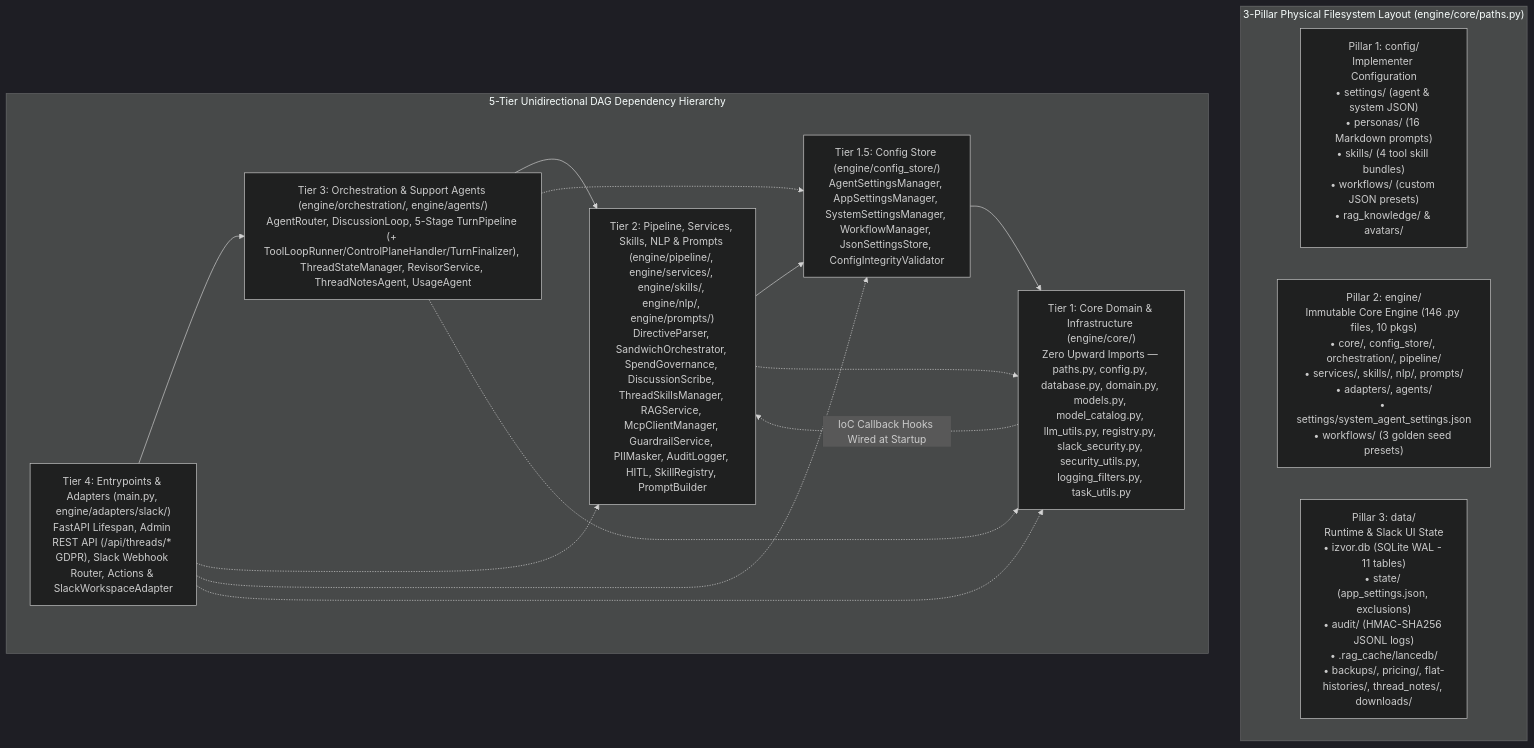
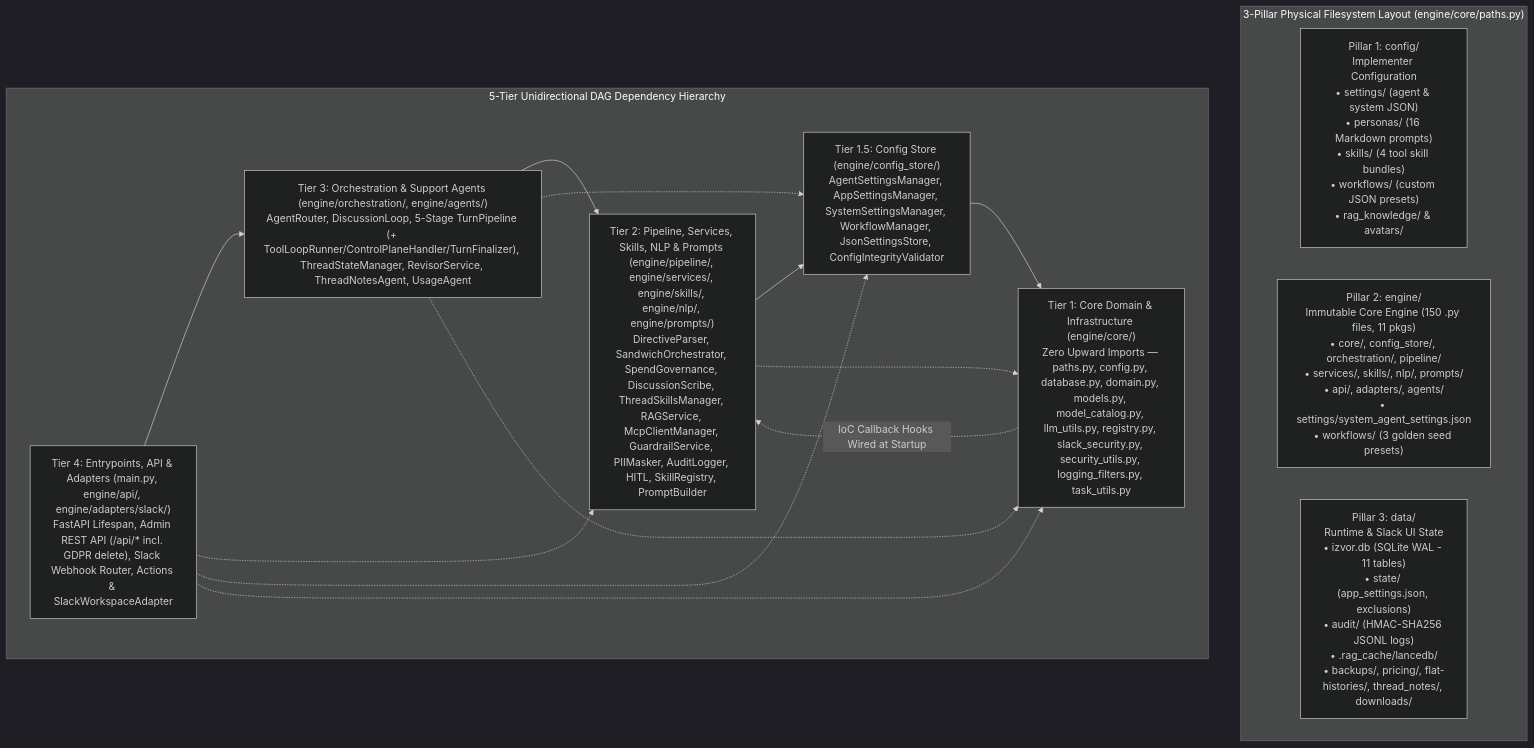
One commit to BranMik/Izvor changed the first of 6 diagrams in docs/architecture/Izvor_System_Architecture_Comprehensive.md. Above: the diagram before and after it, drawn with Mermaid (dark theme). The commit also changed other lines of this file and 19 other files, not shown here.

First line of the commit message:
refactor(api): extract Tier-4 HTTP and Admin REST API layer into engine/api

````diff
--- a/docs/architecture/Izvor_System_Architecture_Comprehensive.md
+++ b/docs/architecture/Izvor_System_Architecture_Comprehensive.md
@@ -28,23 +28,23 @@
 ```mermaid
 flowchart TD
     subgraph Pillars["3-Pillar Physical Filesystem Layout (engine/core/paths.py)"]
         direction LR
         P1["Pillar 1: config/\nImplementer Configuration\n• settings/ (agent & system JSON)\n• personas/ (16 Markdown prompts)\n• skills/ (4 tool skill bundles)\n• workflows/ (custom JSON presets)\n• rag_knowledge/ & avatars/"]
-        P2["Pillar 2: engine/\nImmutable Core Engine (146 .py files, 10 pkgs)\n• core/, config_store/, orchestration/, pipeline/\n• services/, skills/, nlp/, prompts/\n• adapters/, agents/\n• settings/system_agent_settings.json\n• workflows/ (3 golden seed presets)"]
+        P2["Pillar 2: engine/\nImmutable Core Engine (150 .py files, 11 pkgs)\n• core/, config_store/, orchestration/, pipeline/\n• services/, skills/, nlp/, prompts/\n• api/, adapters/, agents/\n• settings/system_agent_settings.json\n• workflows/ (3 golden seed presets)"]
         P3["Pillar 3: data/\nRuntime & Slack UI State\n• izvor.db (SQLite WAL - 11 tables)\n• state/ (app_settings.json, exclusions)\n• audit/ (HMAC-SHA256 JSONL logs)\n• .rag_cache/lancedb/\n• backups/, pricing/, flat-histories/, thread_notes/, downloads/"]
     end
 
     subgraph Layers["5-Tier Unidirectional DAG Dependency Hierarchy"]
-        L4["Tier 4: Entrypoints & Adapters (main.py, engine/adapters/slack/)\nFastAPI Lifespan, Admin REST API (/api/threads/* GDPR), Slack Webhook Router, Actions & SlackWorkspaceAdapter"]
+        L4["Tier 4: Entrypoints, API & Adapters (main.py, engine/api/, engine/adapters/slack/)\nFastAPI Lifespan, Admin REST API (/api/* incl. GDPR delete), Slack Webhook Router, Actions & SlackWorkspaceAdapter"]
         L3["Tier 3: Orchestration & Support Agents (engine/orchestration/, engine/agents/)\nAgentRouter, DiscussionLoop, 5-Stage TurnPipeline (+ ToolLoopRunner/ControlPlaneHandler/TurnFinalizer), ThreadStateManager, RevisorService, ThreadNotesAgent, UsageAgent"]
         L2["Tier 2: Pipeline, Services, Skills, NLP & Prompts (engine/pipeline/, engine/services/, engine/skills/, engine/nlp/, engine/prompts/)\nDirectiveParser, SandwichOrchestrator, SpendGovernance, DiscussionScribe, ThreadSkillsManager, RAGService, McpClientManager, GuardrailService, PIIMasker, AuditLogger, HITL, SkillRegistry, PromptBuilder"]
         L15["Tier 1.5: Config Store (engine/config_store/)\nAgentSettingsManager, AppSettingsManager, SystemSettingsManager, WorkflowManager, JsonSettingsStore, ConfigIntegrityValidator"]
         L1["Tier 1: Core Domain & Infrastructure (engine/core/)\nZero Upward Imports — paths.py, config.py, database.py, domain.py, models.py, model_catalog.py, llm_utils.py, registry.py, slack_security.py, security_utils.py, logging_filters.py, task_utils.py"]
 
         L4 --> L3 --> L2 --> L15 --> L1
         L4 -.-> L2 & L15 & L1
         L3 -.-> L15 & L1
         L2 -.-> L1
         L1 -.->|"IoC Callback Hooks Wired at Startup"| L2
     end
 ```
````
